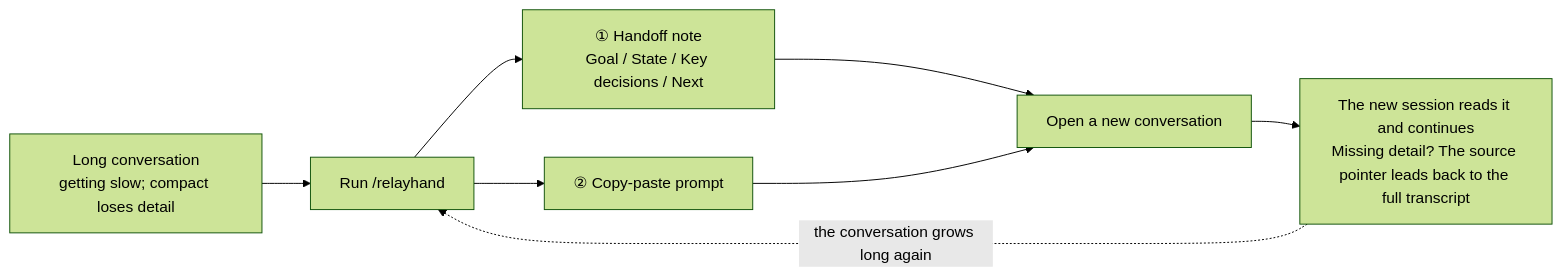
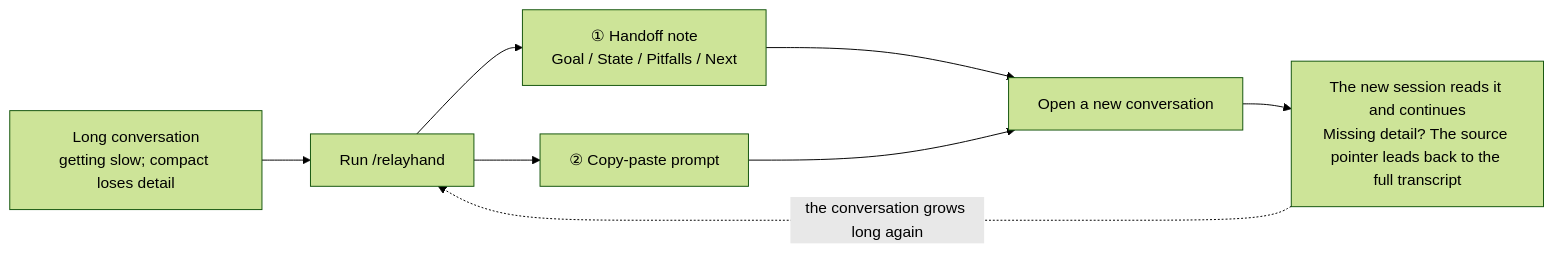
Before and after one commit to yanlin-cheng/relayhand: the first of 3 diagrams in README.md, drawn with Mermaid (forest theme). The commit also changed other lines of this file and 2 other files, not shown here.

First line of the commit message:
README 门面升级：对比表、精工细节节、接力链图、交叉验证证据节

````diff
--- a/README.md
+++ b/README.md
@@ -18,10 +28,10 @@
 ```mermaid
 flowchart LR
     A["Long conversation<br>getting slow; compact loses detail"] --> B["Run /relayhand"]
-    B --> C["① Handoff note<br>Goal / State / Key decisions / Next"]
+    B --> C["① Handoff note<br>Goal / State / Pitfalls / Next"]
     B --> D["② Copy-paste prompt"]
     C --> E["Open a new conversation"]
     D --> E
     E --> F["The new session reads it and continues<br>Missing detail? The source pointer leads back to the full transcript"]
     F -. the conversation grows long again .-> B
 ```
````
